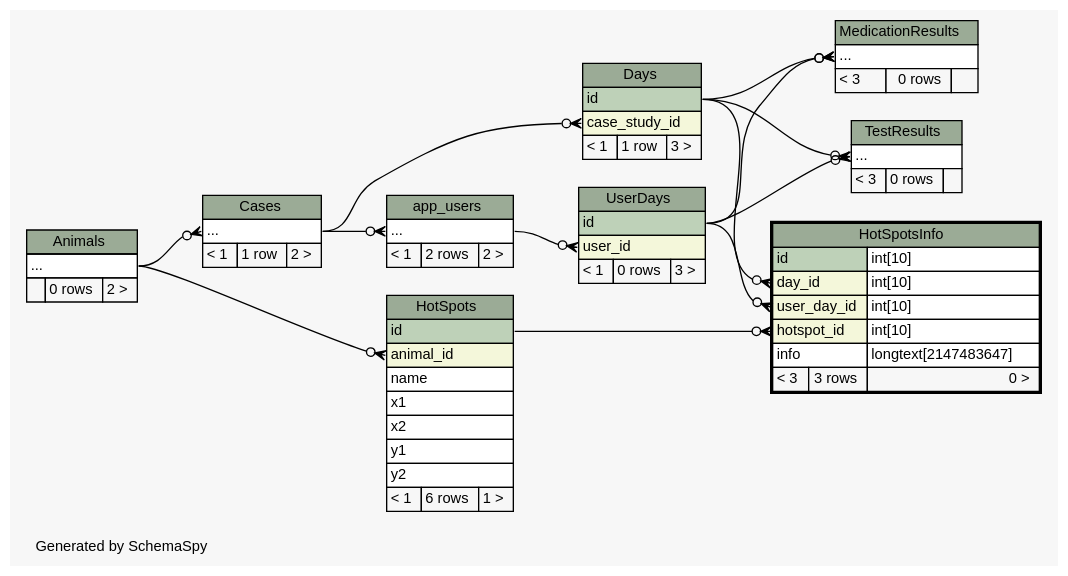
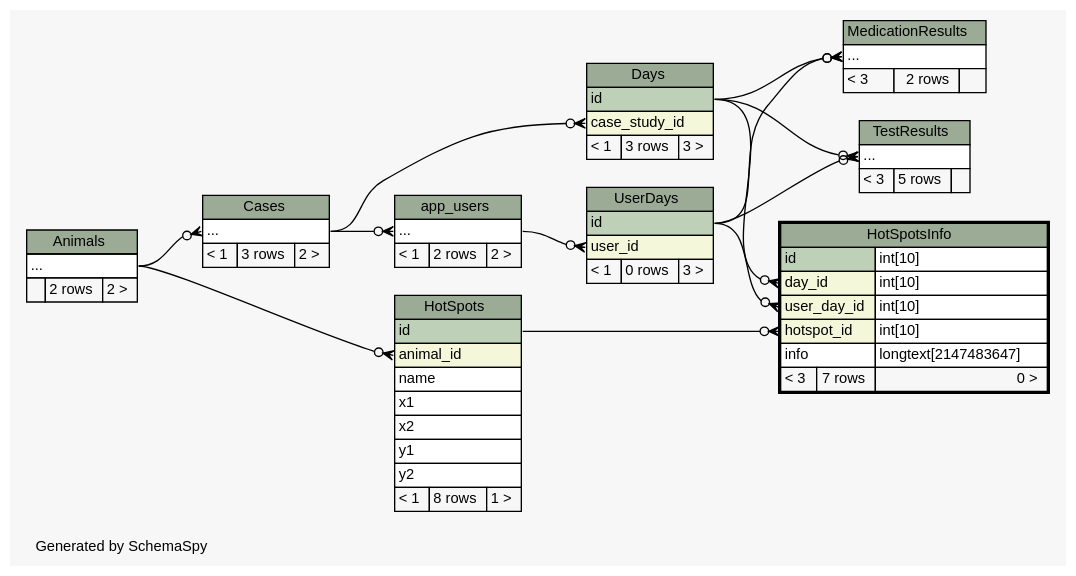
One commit to carrel2/CaseStudies changed the diagram in web/files/schema/diagrams/HotSpotsInfo.2degrees.dot. Above: the diagram before and after it, drawn with Graphviz. The commit also changed 206 other files, not shown here.

```diff
--- a/web/files/schema/diagrams/HotSpotsInfo.2degrees.dot
+++ b/web/files/schema/diagrams/HotSpotsInfo.2degrees.dot
@@ -1,136 +1,136 @@
-// dot 2.38.0 on Linux 4.4.0-72-generic
+// dot 2.38.0 on Linux 4.4.0-77-generic
 // SchemaSpy rev 590
 digraph "twoDegreesRelationshipsDiagram" {
   graph [
     rankdir="RL"
     bgcolor="#f7f7f7"
     label="\nGenerated by SchemaSpy"
     labeljust="l"
     nodesep="0.18"
     ranksep="0.46"
     fontname="Helvetica"
     fontsize="11"
   ];
   node [
     fontname="Helvetica"
     fontsize="11"
     shape="plaintext"
   ];
   edge [
     arrowsize="0.8"
   ];
   "app_users":"elipses":w -> "Cases":"elipses":e [arrowhead=none dir=back arrowtail=crowodot];
   "Cases":"elipses":w -> "Animals":"elipses":e [arrowhead=none dir=back arrowtail=crowodot];
   "Days":"case_study_id":w -> "Cases":"elipses":e [arrowhead=none dir=back arrowtail=crowodot];
   "HotSpots":"animal_id":w -> "Animals":"elipses":e [arrowhead=none dir=back arrowtail=crowodot];
   "HotSpotsInfo":"day_id":w -> "Days":"id":e [arrowhead=none dir=back arrowtail=crowodot];
   "HotSpotsInfo":"hotspot_id":w -> "HotSpots":"id":e [arrowhead=none dir=back arrowtail=crowodot];
   "HotSpotsInfo":"user_day_id":w -> "UserDays":"id":e [arrowhead=none dir=back arrowtail=crowodot];
   "MedicationResults":"elipses":w -> "Days":"id":e [arrowhead=none dir=back arrowtail=crowodot];
   "MedicationResults":"elipses":w -> "UserDays":"id":e [arrowhead=none dir=back arrowtail=crowodot];
   "TestResults":"elipses":w -> "Days":"id":e [arrowhead=none dir=back arrowtail=crowodot];
   "TestResults":"elipses":w -> "UserDays":"id":e [arrowhead=none dir=back arrowtail=crowodot];
   "UserDays":"user_id":w -> "app_users":"elipses":e [arrowhead=none dir=back arrowtail=crowodot];
   "Animals" [
     label=<
     <TABLE BORDER="0" CELLBORDER="1" CELLSPACING="0" BGCOLOR="#ffffff">
       <TR><TD COLSPAN="3" BGCOLOR="#9bab96" ALIGN="CENTER">Animals</TD></TR>
       <TR><TD PORT="elipses" COLSPAN="3" ALIGN="LEFT">...</TD></TR>
-      <TR><TD ALIGN="LEFT" BGCOLOR="#f7f7f7">  </TD><TD ALIGN="RIGHT" BGCOLOR="#f7f7f7">0 rows</TD><TD ALIGN="RIGHT" BGCOLOR="#f7f7f7">2 &gt;</TD></TR>
+      <TR><TD ALIGN="LEFT" BGCOLOR="#f7f7f7">  </TD><TD ALIGN="RIGHT" BGCOLOR="#f7f7f7">2 rows</TD><TD ALIGN="RIGHT" BGCOLOR="#f7f7f7">2 &gt;</TD></TR>
     </TABLE>>
     URL="Animals.html"
     tooltip="Animals"
   ];
   "app_users" [
     label=<
     <TABLE BORDER="0" CELLBORDER="1" CELLSPACING="0" BGCOLOR="#ffffff">
       <TR><TD COLSPAN="3" BGCOLOR="#9bab96" ALIGN="CENTER">app_users</TD></TR>
       <TR><TD PORT="elipses" COLSPAN="3" ALIGN="LEFT">...</TD></TR>
       <TR><TD ALIGN="LEFT" BGCOLOR="#f7f7f7">&lt; 1</TD><TD ALIGN="RIGHT" BGCOLOR="#f7f7f7">2 rows</TD><TD ALIGN="RIGHT" BGCOLOR="#f7f7f7">2 &gt;</TD></TR>
     </TABLE>>
     URL="app_users.html"
     tooltip="app_users"
   ];
   "Cases" [
     label=<
     <TABLE BORDER="0" CELLBORDER="1" CELLSPACING="0" BGCOLOR="#ffffff">
       <TR><TD COLSPAN="3" BGCOLOR="#9bab96" ALIGN="CENTER">Cases</TD></TR>
       <TR><TD PORT="elipses" COLSPAN="3" ALIGN="LEFT">...</TD></TR>
-      <TR><TD ALIGN="LEFT" BGCOLOR="#f7f7f7">&lt; 1</TD><TD ALIGN="RIGHT" BGCOLOR="#f7f7f7">1 row</TD><TD ALIGN="RIGHT" BGCOLOR="#f7f7f7">2 &gt;</TD></TR>
+      <TR><TD ALIGN="LEFT" BGCOLOR="#f7f7f7">&lt; 1</TD><TD ALIGN="RIGHT" BGCOLOR="#f7f7f7">3 rows</TD><TD ALIGN="RIGHT" BGCOLOR="#f7f7f7">2 &gt;</TD></TR>
     </TABLE>>
     URL="Cases.html"
     tooltip="Cases"
   ];
   "Days" [
     label=<
     <TABLE BORDER="0" CELLBORDER="1" CELLSPACING="0" BGCOLOR="#ffffff">
       <TR><TD COLSPAN="3" BGCOLOR="#9bab96" ALIGN="CENTER">Days</TD></TR>
       <TR><TD PORT="id" COLSPAN="3" BGCOLOR="#bed1b8" ALIGN="LEFT">id</TD></TR>
       <TR><TD PORT="case_study_id" COLSPAN="3" BGCOLOR="#f4f7da" ALIGN="LEFT">case_study_id</TD></TR>
-      <TR><TD ALIGN="LEFT" BGCOLOR="#f7f7f7">&lt; 1</TD><TD ALIGN="RIGHT" BGCOLOR="#f7f7f7">1 row</TD><TD ALIGN="RIGHT" BGCOLOR="#f7f7f7">3 &gt;</TD></TR>
+      <TR><TD ALIGN="LEFT" BGCOLOR="#f7f7f7">&lt; 1</TD><TD ALIGN="RIGHT" BGCOLOR="#f7f7f7">3 rows</TD><TD ALIGN="RIGHT" BGCOLOR="#f7f7f7">3 &gt;</TD></TR>
     </TABLE>>
     URL="Days.html"
     tooltip="Days"
   ];
   "HotSpots" [
     label=<
     <TABLE BORDER="0" CELLBORDER="1" CELLSPACING="0" BGCOLOR="#ffffff">
       <TR><TD COLSPAN="3" BGCOLOR="#9bab96" ALIGN="CENTER">HotSpots</TD></TR>
       <TR><TD PORT="id" COLSPAN="3" BGCOLOR="#bed1b8" ALIGN="LEFT">id</TD></TR>
       <TR><TD PORT="animal_id" COLSPAN="3" BGCOLOR="#f4f7da" ALIGN="LEFT">animal_id</TD></TR>
       <TR><TD PORT="name" COLSPAN="3" ALIGN="LEFT">name</TD></TR>
       <TR><TD PORT="x1" COLSPAN="3" ALIGN="LEFT">x1</TD></TR>
       <TR><TD PORT="x2" COLSPAN="3" ALIGN="LEFT">x2</TD></TR>
       <TR><TD PORT="y1" COLSPAN="3" ALIGN="LEFT">y1</TD></TR>
       <TR><TD PORT="y2" COLSPAN="3" ALIGN="LEFT">y2</TD></TR>
-      <TR><TD ALIGN="LEFT" BGCOLOR="#f7f7f7">&lt; 1</TD><TD ALIGN="RIGHT" BGCOLOR="#f7f7f7">6 rows</TD><TD ALIGN="RIGHT" BGCOLOR="#f7f7f7">1 &gt;</TD></TR>
+      <TR><TD ALIGN="LEFT" BGCOLOR="#f7f7f7">&lt; 1</TD><TD ALIGN="RIGHT" BGCOLOR="#f7f7f7">8 rows</TD><TD ALIGN="RIGHT" BGCOLOR="#f7f7f7">1 &gt;</TD></TR>
     </TABLE>>
     URL="HotSpots.html"
     tooltip="HotSpots"
   ];
   "HotSpotsInfo" [
     label=<
     <TABLE BORDER="2" CELLBORDER="1" CELLSPACING="0" BGCOLOR="#ffffff">
       <TR><TD COLSPAN="3" BGCOLOR="#9bab96" ALIGN="CENTER">HotSpotsInfo</TD></TR>
       <TR><TD PORT="id" COLSPAN="2" BGCOLOR="#bed1b8" ALIGN="LEFT">id</TD><TD PORT="id.type" ALIGN="LEFT">int[10]</TD></TR>
       <TR><TD PORT="day_id" COLSPAN="2" BGCOLOR="#f4f7da" ALIGN="LEFT">day_id</TD><TD PORT="day_id.type" ALIGN="LEFT">int[10]</TD></TR>
       <TR><TD PORT="user_day_id" COLSPAN="2" BGCOLOR="#f4f7da" ALIGN="LEFT">user_day_id</TD><TD PORT="user_day_id.type" ALIGN="LEFT">int[10]</TD></TR>
       <TR><TD PORT="hotspot_id" COLSPAN="2" BGCOLOR="#f4f7da" ALIGN="LEFT">hotspot_id</TD><TD PORT="hotspot_id.type" ALIGN="LEFT">int[10]</TD></TR>
       <TR><TD PORT="info" COLSPAN="2" ALIGN="LEFT">info</TD><TD PORT="info.type" ALIGN="LEFT">longtext[2147483647]</TD></TR>
-      <TR><TD ALIGN="LEFT" BGCOLOR="#f7f7f7">&lt; 3</TD><TD ALIGN="RIGHT" BGCOLOR="#f7f7f7">3 rows</TD><TD ALIGN="RIGHT" BGCOLOR="#f7f7f7">0 &gt;</TD></TR>
+      <TR><TD ALIGN="LEFT" BGCOLOR="#f7f7f7">&lt; 3</TD><TD ALIGN="RIGHT" BGCOLOR="#f7f7f7">7 rows</TD><TD ALIGN="RIGHT" BGCOLOR="#f7f7f7">0 &gt;</TD></TR>
     </TABLE>>
     URL="HotSpotsInfo.html"
     tooltip="HotSpotsInfo"
   ];
   "MedicationResults" [
     label=<
     <TABLE BORDER="0" CELLBORDER="1" CELLSPACING="0" BGCOLOR="#ffffff">
       <TR><TD COLSPAN="3" BGCOLOR="#9bab96" ALIGN="CENTER">MedicationResults</TD></TR>
       <TR><TD PORT="elipses" COLSPAN="3" ALIGN="LEFT">...</TD></TR>
-      <TR><TD ALIGN="LEFT" BGCOLOR="#f7f7f7">&lt; 3</TD><TD ALIGN="RIGHT" BGCOLOR="#f7f7f7">0 rows</TD><TD ALIGN="RIGHT" BGCOLOR="#f7f7f7">  </TD></TR>
+      <TR><TD ALIGN="LEFT" BGCOLOR="#f7f7f7">&lt; 3</TD><TD ALIGN="RIGHT" BGCOLOR="#f7f7f7">2 rows</TD><TD ALIGN="RIGHT" BGCOLOR="#f7f7f7">  </TD></TR>
     </TABLE>>
     URL="MedicationResults.html"
     tooltip="MedicationResults"
   ];
   "TestResults" [
     label=<
     <TABLE BORDER="0" CELLBORDER="1" CELLSPACING="0" BGCOLOR="#ffffff">
       <TR><TD COLSPAN="3" BGCOLOR="#9bab96" ALIGN="CENTER">TestResults</TD></TR>
       <TR><TD PORT="elipses" COLSPAN="3" ALIGN="LEFT">...</TD></TR>
-      <TR><TD ALIGN="LEFT" BGCOLOR="#f7f7f7">&lt; 3</TD><TD ALIGN="RIGHT" BGCOLOR="#f7f7f7">0 rows</TD><TD ALIGN="RIGHT" BGCOLOR="#f7f7f7">  </TD></TR>
+      <TR><TD ALIGN="LEFT" BGCOLOR="#f7f7f7">&lt; 3</TD><TD ALIGN="RIGHT" BGCOLOR="#f7f7f7">5 rows</TD><TD ALIGN="RIGHT" BGCOLOR="#f7f7f7">  </TD></TR>
     </TABLE>>
     URL="TestResults.html"
     tooltip="TestResults"
   ];
   "UserDays" [
     label=<
     <TABLE BORDER="0" CELLBORDER="1" CELLSPACING="0" BGCOLOR="#ffffff">
       <TR><TD COLSPAN="3" BGCOLOR="#9bab96" ALIGN="CENTER">UserDays</TD></TR>
       <TR><TD PORT="id" COLSPAN="3" BGCOLOR="#bed1b8" ALIGN="LEFT">id</TD></TR>
       <TR><TD PORT="user_id" COLSPAN="3" BGCOLOR="#f4f7da" ALIGN="LEFT">user_id</TD></TR>
       <TR><TD ALIGN="LEFT" BGCOLOR="#f7f7f7">&lt; 1</TD><TD ALIGN="RIGHT" BGCOLOR="#f7f7f7">0 rows</TD><TD ALIGN="RIGHT" BGCOLOR="#f7f7f7">3 &gt;</TD></TR>
     </TABLE>>
     URL="UserDays.html"
     tooltip="UserDays"
   ];
 }
```
